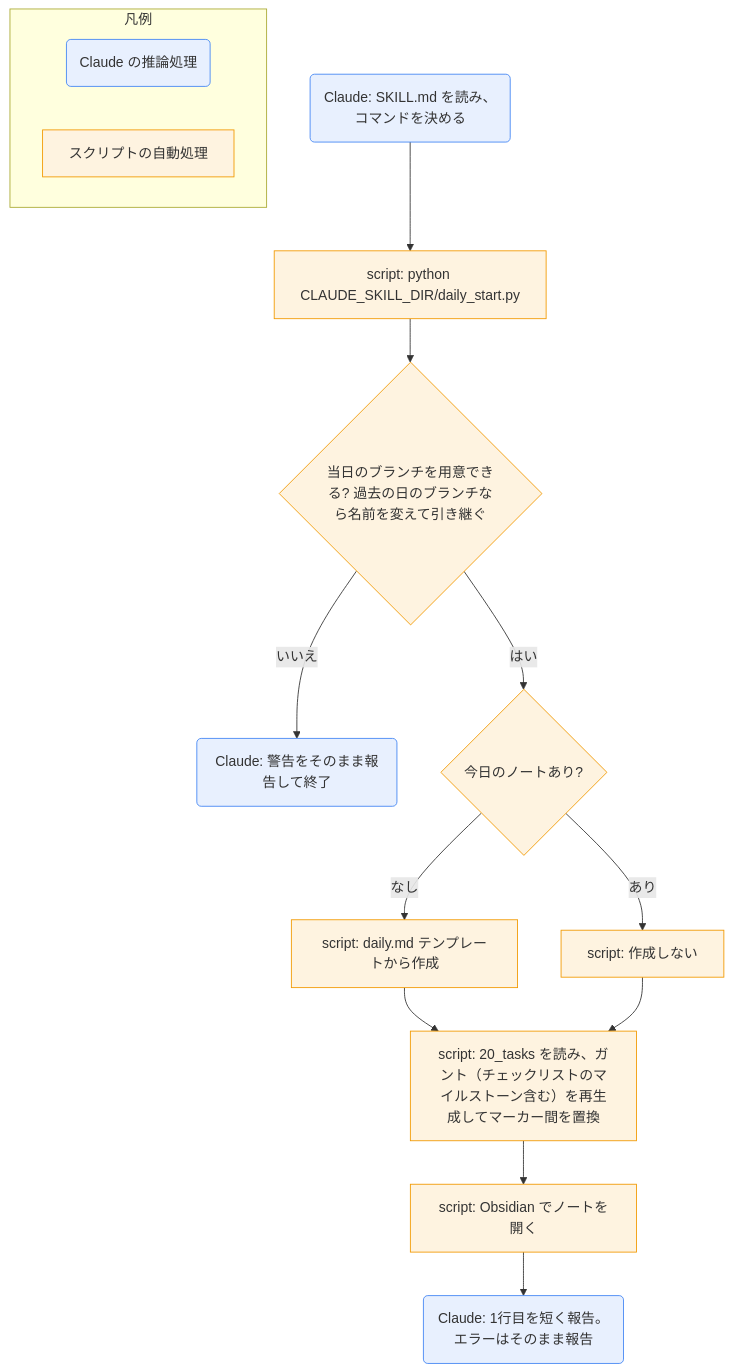
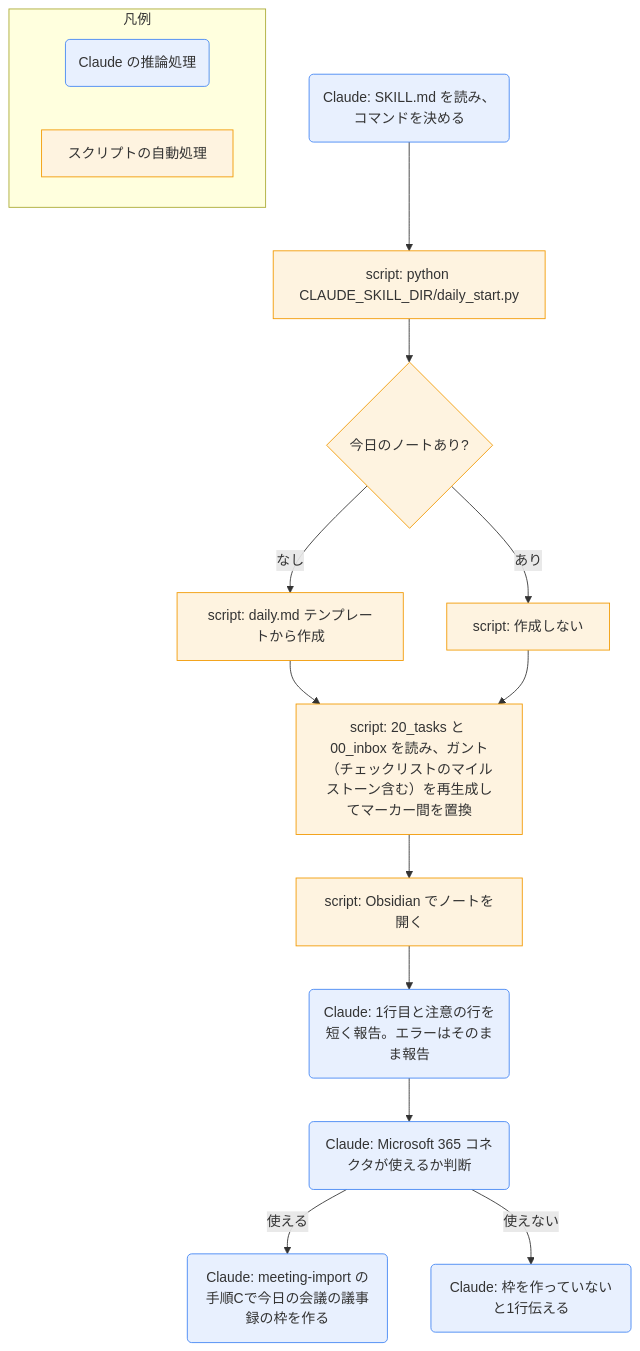
One commit to asama0101/obsidian-claude changed the diagram in 90_system/skill-docs/daily-start.md. Above: the diagram before and after it, drawn with Mermaid. The commit also changed other lines of this file and 66 other files, not shown here.

````diff
--- a/90_system/skill-docs/daily-start.md
+++ b/90_system/skill-docs/daily-start.md
@@ -32,21 +27,22 @@
 ```mermaid
 flowchart TD
   A(Claude: SKILL.md を読み、コマンドを決める) --> B[script: python CLAUDE_SKILL_DIR/daily_start.py]
-  B --> B1{当日のブランチを用意できる? 過去の日のブランチなら名前を変えて引き継ぐ}
-  B1 -- いいえ --> B2(Claude: 警告をそのまま報告して終了)
-  B1 -- はい --> C{今日のノートあり?}
+  B --> C{今日のノートあり?}
   C -- なし --> D[script: daily.md テンプレートから作成]
   C -- あり --> E[script: 作成しない]
-  D --> F[script: 20_tasks を読み、ガント（チェックリストのマイルストーン含む）を再生成してマーカー間を置換]
+  D --> F[script: 20_tasks と 00_inbox を読み、ガント（チェックリストのマイルストーン含む）を再生成してマーカー間を置換]
   E --> F
   F --> G[script: Obsidian でノートを開く]
-  G --> H(Claude: 1行目を短く報告。エラーはそのまま報告)
+  G --> H(Claude: 1行目と注意の行を短く報告。エラーはそのまま報告)
+  H --> I(Claude: Microsoft 365 コネクタが使えるか判断)
+  I -- 使える --> J(Claude: meeting-import の手順Cで今日の会議の議事録の枠を作る)
+  I -- 使えない --> K(Claude: 枠を作っていないと1行伝える)
   classDef ai fill:#e8f0fe,stroke:#4285f4
   classDef sc fill:#fef3e0,stroke:#f29900
-  class A,H,B2 ai
-  class B,B1,C,D,E,F,G sc
+  class A,H,I,J,K ai
+  class B,C,D,E,F,G sc
   subgraph 凡例
     L1(Claude の推論処理):::ai
     L2[スクリプトの自動処理]:::sc
   end
 ```
````
